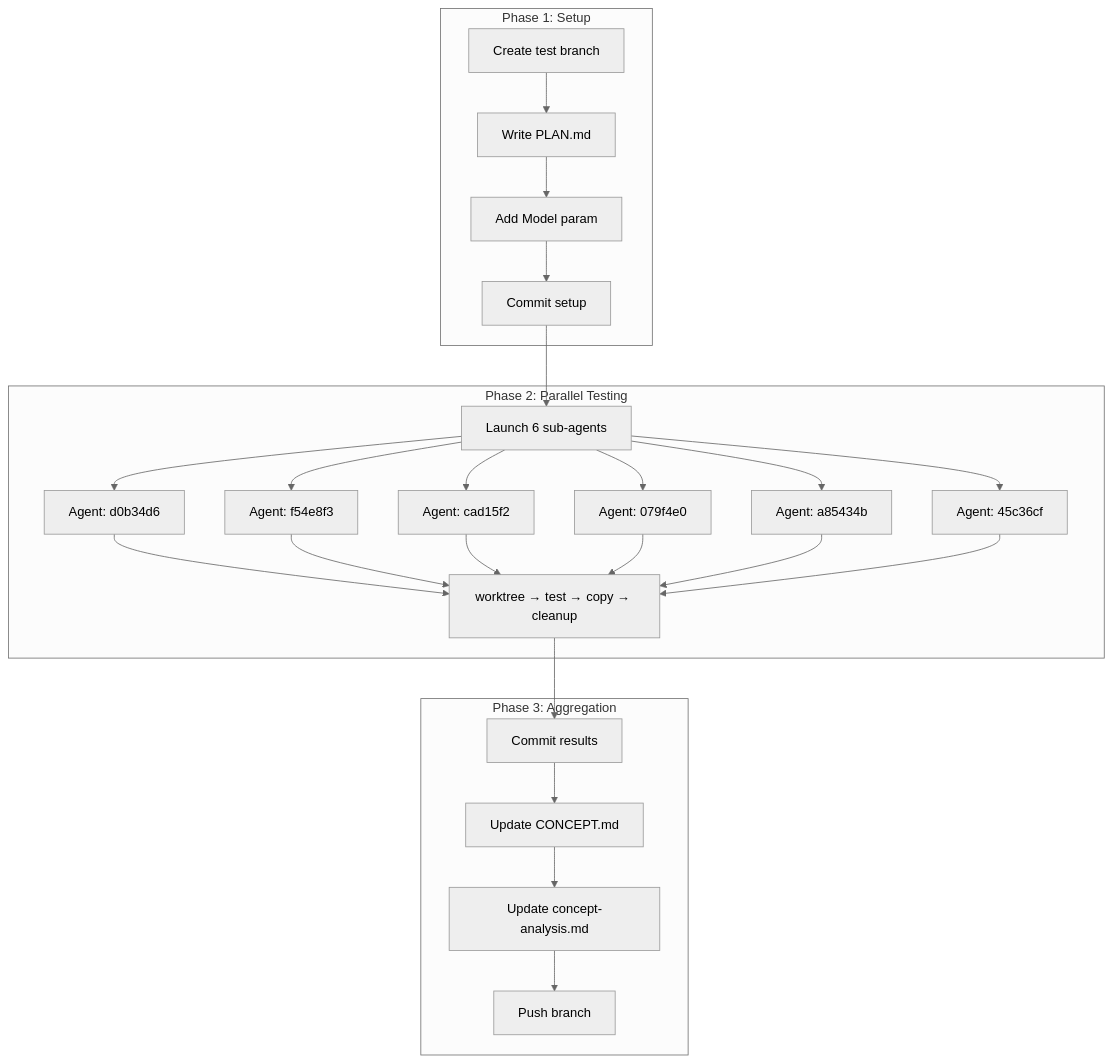
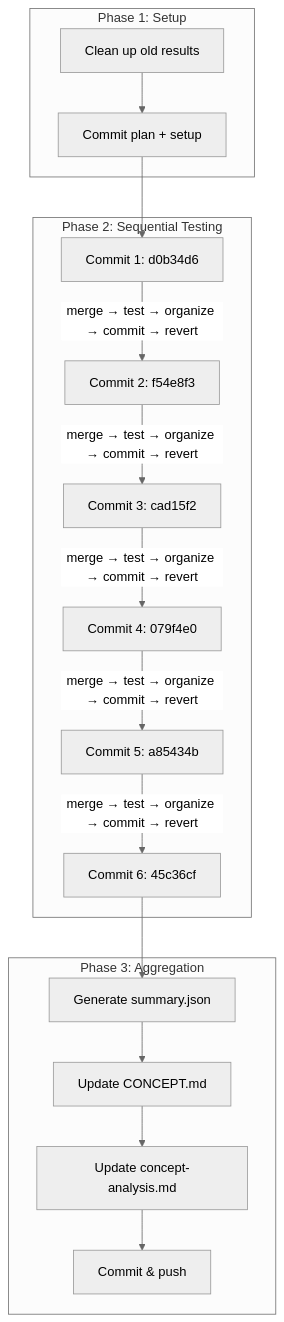
One commit to Expert-Vision-Software/opencode-intellisearch changed the diagram in docs/E2E-COMMIT-MATRIX-PLAN.md. Above: the diagram before and after it, drawn with Mermaid (neutral theme). The commit also changed other lines of this file and 1 other file, not shown here.

Commit message:
docs: add E2E commit matrix testing plan with model parameter

````diff
--- a/docs/E2E-COMMIT-MATRIX-PLAN.md
+++ b/docs/E2E-COMMIT-MATRIX-PLAN.md
@@ -117,32 +137,22 @@
 ```mermaid
 flowchart TB
     subgraph Phase1[Phase 1: Setup]
-        A[Create test branch] --> B[Write PLAN.md]
-        B --> C[Add Model param]
-        C --> D[Commit setup]
+        A[Clean up old results] --> B[Commit plan + setup]
     end
 
-    subgraph Phase2[Phase 2: Parallel Testing]
-        D --> E[Launch 6 sub-agents]
-        E --> F1[Agent: d0b34d6]
-        E --> F2[Agent: f54e8f3]
-        E --> F3[Agent: cad15f2]
-        E --> F4[Agent: 079f4e0]
-        E --> F5[Agent: a85434b]
-        E --> F6[Agent: 45c36cf]
-        
-        F1 --> G[worktree → test → copy → cleanup]
-        F2 --> G
-        F3 --> G
-        F4 --> G
-        F5 --> G
-        F6 --> G
+    subgraph Phase2[Phase 2: Sequential Testing]
+        B --> C1[Commit 1: d0b34d6]
+        C1 --> |merge → test → organize → commit → revert| C2[Commit 2: f54e8f3]
+        C2 --> |merge → test → organize → commit → revert| C3[Commit 3: cad15f2]
+        C3 --> |merge → test → organize → commit → revert| C4[Commit 4: 079f4e0]
+        C4 --> |merge → test → organize → commit → revert| C5[Commit 5: a85434b]
+        C5 --> |merge → test → organize → commit → revert| C6[Commit 6: 45c36cf]
     end
 
     subgraph Phase3[Phase 3: Aggregation]
-        G --> H[Commit results]
-        H --> I[Update CONCEPT.md]
-        I --> J[Update concept-analysis.md]
-        J --> K[Push branch]
+        C6 --> D[Generate summary.json]
+        D --> E[Update CONCEPT.md]
+        E --> F[Update concept-analysis.md]
+        F --> G[Commit & push]
     end
 ```
````
